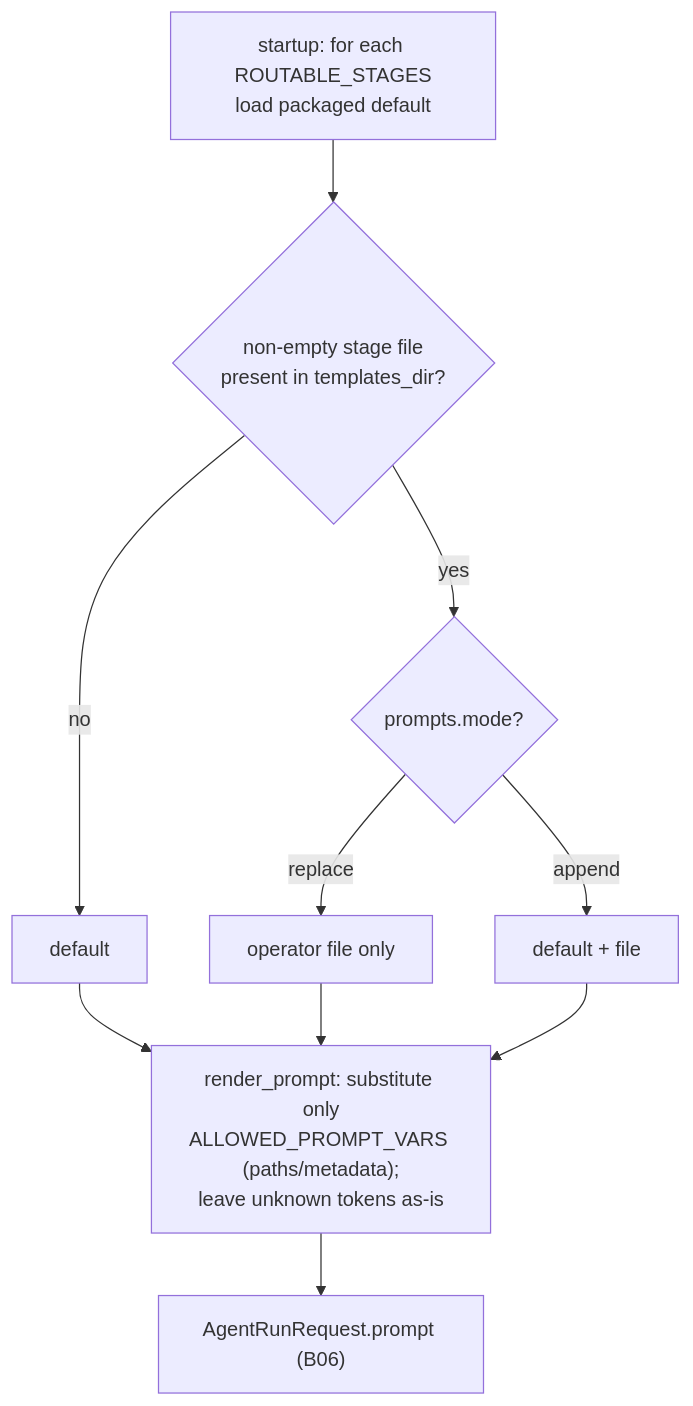
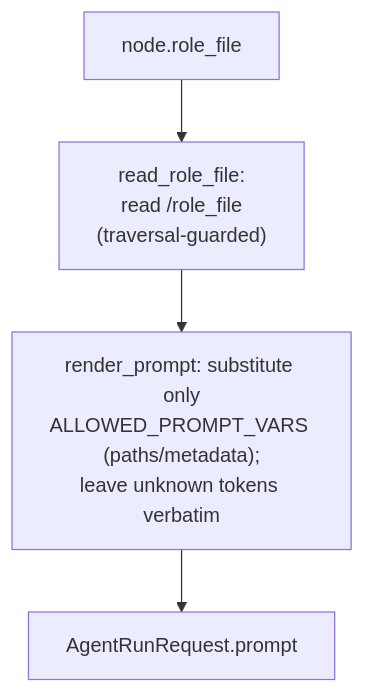
The diagram in docs/functional/blocks/B15-prompt-templates.md (VladimirMakarevich/wastech-orchestrator), drawn with Mermaid before and after one commit. The commit also changed other lines of this file and 31 other files, not shown here.

````diff
--- a/docs/functional/blocks/B15-prompt-templates.md
+++ b/docs/functional/blocks/B15-prompt-templates.md
@@ -44,12 +41,6 @@
 ```mermaid
 flowchart TB
-    start["startup: for each ROUTABLE_STAGES<br/>load packaged default"] --> ovr{"non-empty stage file<br/>present in templates_dir?"}
-    ovr -->|no| def["default"]
-    ovr -->|yes| mode{"prompts.mode?"}
-    mode -->|replace| only["operator file only"]
-    mode -->|append| both["default + file"]
-    def --> render
-    only --> render
-    both --> render["render_prompt: substitute only<br/>ALLOWED_PROMPT_VARS (paths/metadata);<br/>leave unknown tokens as-is"]
-    render --> out["AgentRunRequest.prompt (B06)"]
+    start["node.role_file"] --> read["read_role_file:<br/>read <flow_dir>/role_file<br/>(traversal-guarded)"]
+    read --> render["render_prompt: substitute only<br/>ALLOWED_PROMPT_VARS (paths/metadata);<br/>leave unknown tokens verbatim"]
+    render --> out["AgentRunRequest.prompt"]
 ```
````
